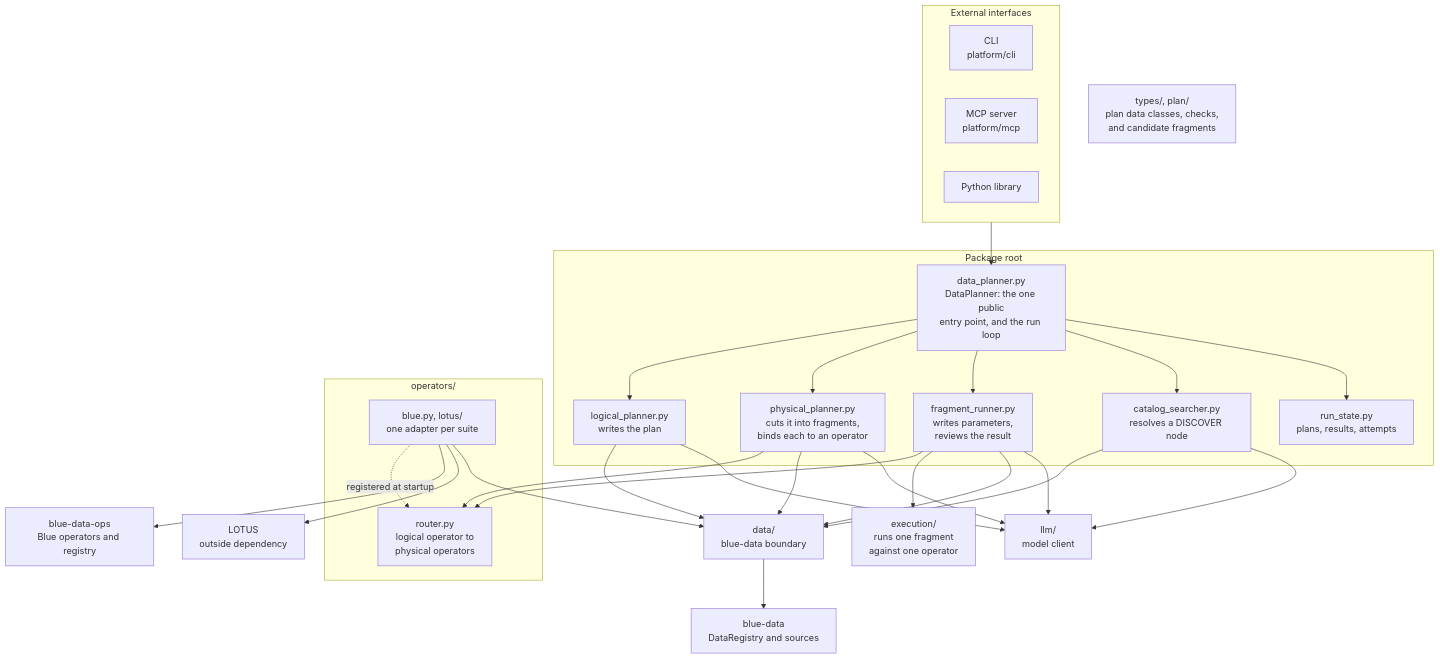
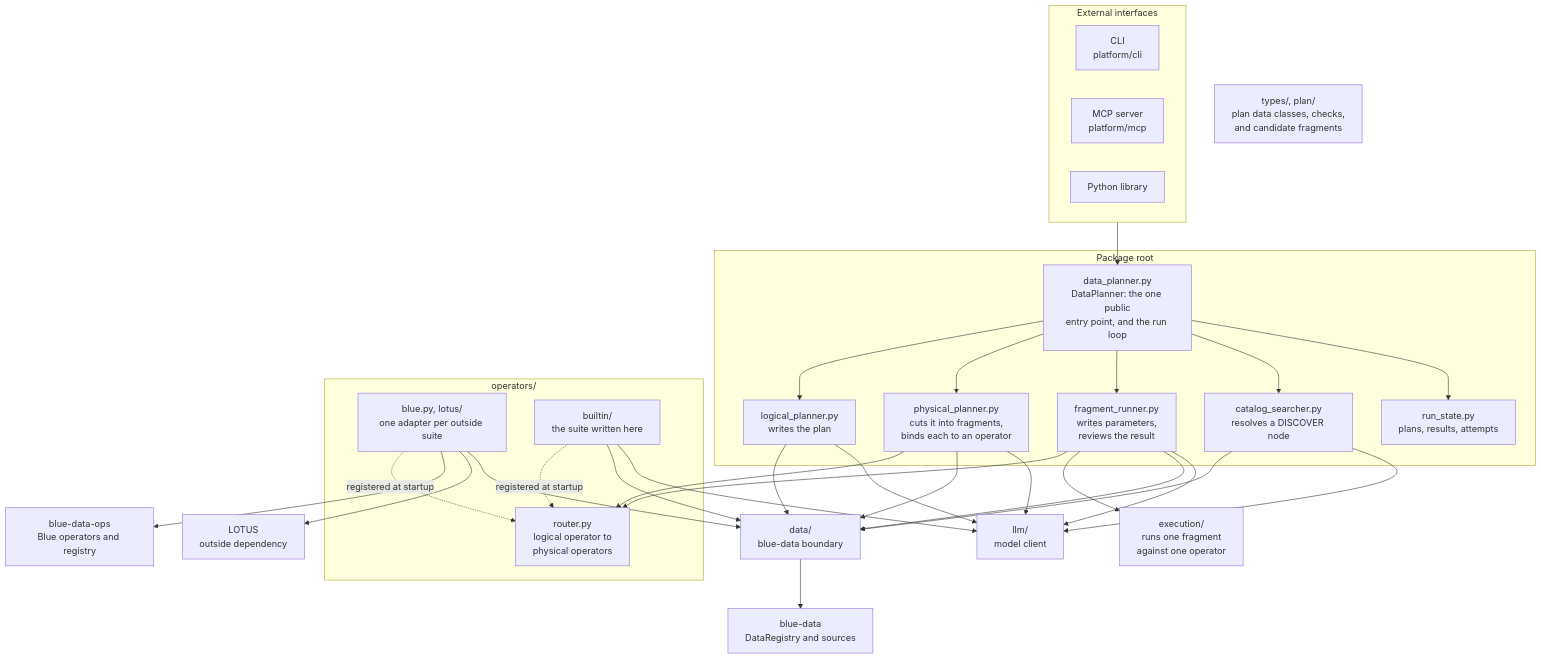
One commit to megagonlabs/blue-data-planner changed the diagram in design/03-high-level-architecture.md. Above: the diagram before and after it, drawn with Mermaid. The commit also changed other lines of this file and 11 other files, not shown here.

````diff
--- a/design/03-high-level-architecture.md
+++ b/design/03-high-level-architecture.md
@@ -15,55 +15,59 @@
 ```mermaid
 flowchart TB
     subgraph interfaces ["External interfaces"]
         CLI["CLI<br/>platform/cli"]
         MCP["MCP server<br/>platform/mcp"]
         LIB["Python library"]
     end
 
     subgraph rootbox ["Package root"]
         ENTRY["data_planner.py<br/>DataPlanner: the one public<br/>entry point, and the run loop"]
         LOGICAL["logical_planner.py<br/>writes the plan"]
         PHYSICAL["physical_planner.py<br/>cuts it into fragments,<br/>binds each to an operator"]
         RUNNER["fragment_runner.py<br/>writes parameters,<br/>reviews the result"]
         SEARCH["catalog_searcher.py<br/>resolves a DISCOVER node"]
         STATE["run_state.py<br/>plans, results, attempts"]
     end
 
     EXEC["execution/<br/>runs one fragment<br/>against one operator"]
 
     SHARED["types/, plan/<br/>plan data classes, checks,<br/>and candidate fragments"]
 
     subgraph opsbox ["operators/"]
         ROUTER["router.py<br/>logical operator to<br/>physical operators"]
-        ADAPT["blue.py, lotus/<br/>one adapter per suite"]
+        ADAPT["blue.py, lotus/<br/>one adapter per outside suite"]
+        BUILTIN["builtin/<br/>the suite written here"]
     end
 
     OPS["blue-data-ops<br/>Blue operators and registry"]
     LOTUS["LOTUS<br/>outside dependency"]
     DATA["data/<br/>blue-data boundary"]
     LLM["llm/<br/>model client"]
     BD["blue-data<br/>DataRegistry and sources"]
 
     interfaces --> ENTRY
     ENTRY --> LOGICAL
     ENTRY --> PHYSICAL
     ENTRY --> RUNNER
     ENTRY --> SEARCH
     ENTRY --> STATE
     PHYSICAL --> ROUTER
     RUNNER --> ROUTER
     RUNNER --> EXEC
     ADAPT -.->|"registered at startup"| ROUTER
+    BUILTIN -.->|"registered at startup"| ROUTER
     ADAPT --> OPS
     ADAPT --> LOTUS
     ADAPT --> DATA
+    BUILTIN --> DATA
+    BUILTIN --> LLM
     LOGICAL --> DATA
     PHYSICAL --> DATA
     RUNNER --> DATA
     SEARCH --> DATA
     LOGICAL --> LLM
     PHYSICAL --> LLM
     RUNNER --> LLM
     SEARCH --> LLM
     DATA --> BD
 ```
````
